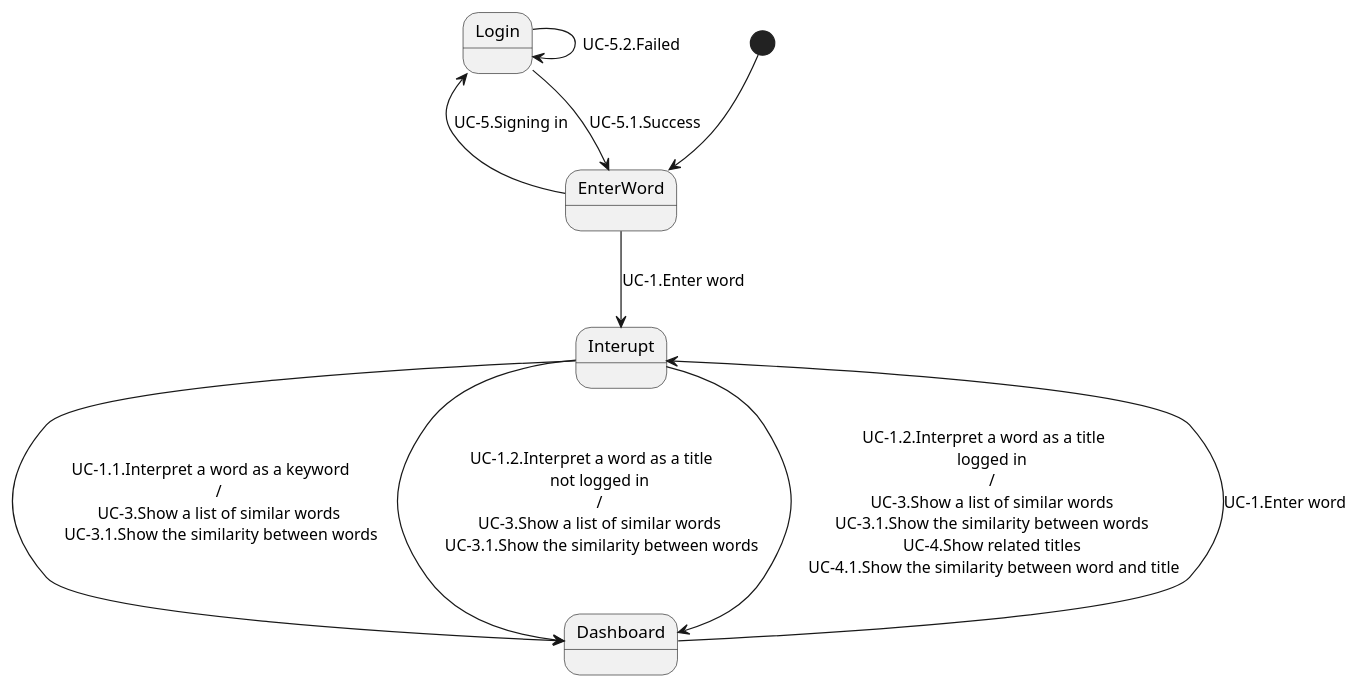
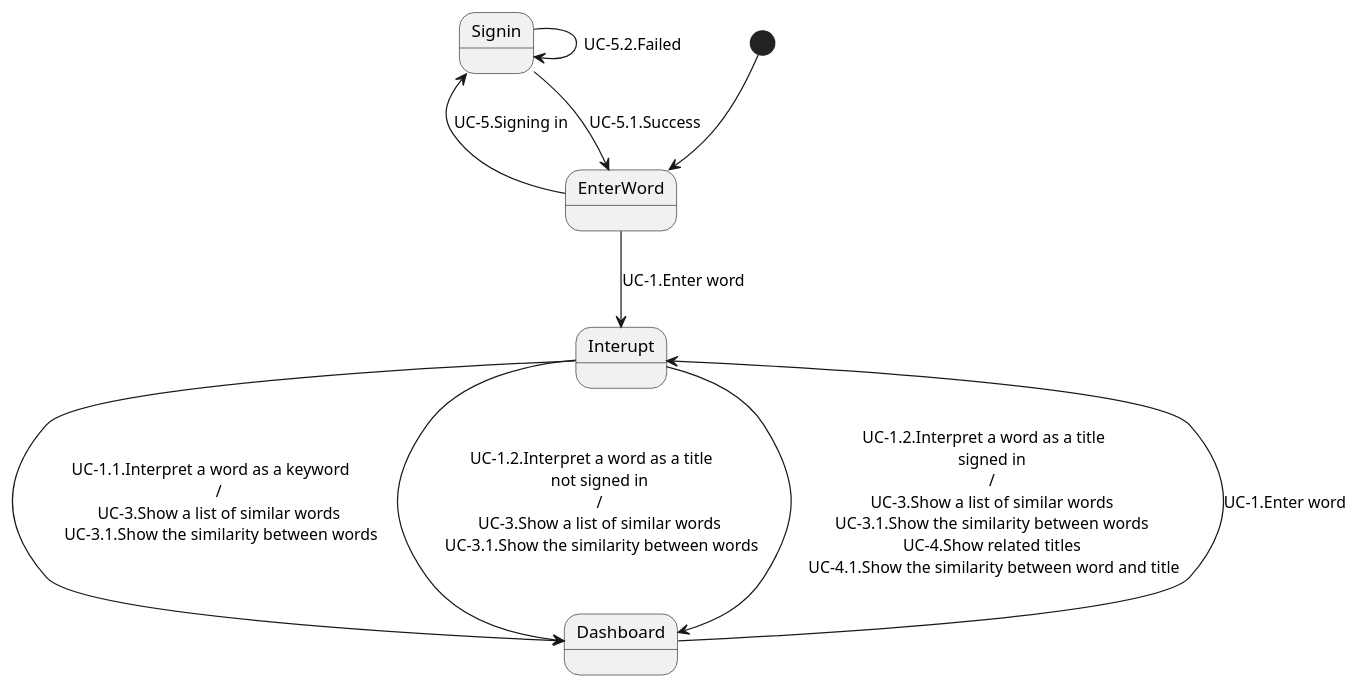
Before and after one commit to azarashin/Word2VecSOM: the diagram in web/doc/state_chart/state.pu, drawn with PlantUML. The commit also changed 1 other file, not shown here.

```diff
--- a/web/doc/state_chart/state.pu
+++ b/web/doc/state_chart/state.pu
@@ -1,37 +1,37 @@
 @startuml
 
 [*] --> EnterWord
 EnterWord --> Interupt : UC-1.Enter word
 
 Interupt --> Dashboard : \
     UC-1.1.Interpret a word as a keyword \n\
     / \n\
     UC-3.Show a list of similar words \n\
     UC-3.1.Show the similarity between words
 
 Interupt --> Dashboard : \
     UC-1.2.Interpret a word as a title \n\
-    not logged in \n\
+    not signed in \n\
     / \n\
     UC-3.Show a list of similar words \n\
     UC-3.1.Show the similarity between words
 
 Interupt --> Dashboard : \
     UC-1.2.Interpret a word as a title \n\
-    logged in \n\
+    signed in \n\
     / \n\
     UC-3.Show a list of similar words \n\
     UC-3.1.Show the similarity between words \n\
     UC-4.Show related titles \n\
     UC-4.1.Show the similarity between word and title
 
 
 
 Dashboard --> Interupt : UC-1.Enter word
 
-EnterWord -up-> Login : UC-5.Signing in
-Login --> EnterWord : UC-5.1.Success
-Login --> Login : UC-5.2.Failed
+EnterWord -up-> Signin : UC-5.Signing in
+Signin --> EnterWord : UC-5.1.Success
+Signin --> Signin : UC-5.2.Failed
 
 
 @enduml
```
